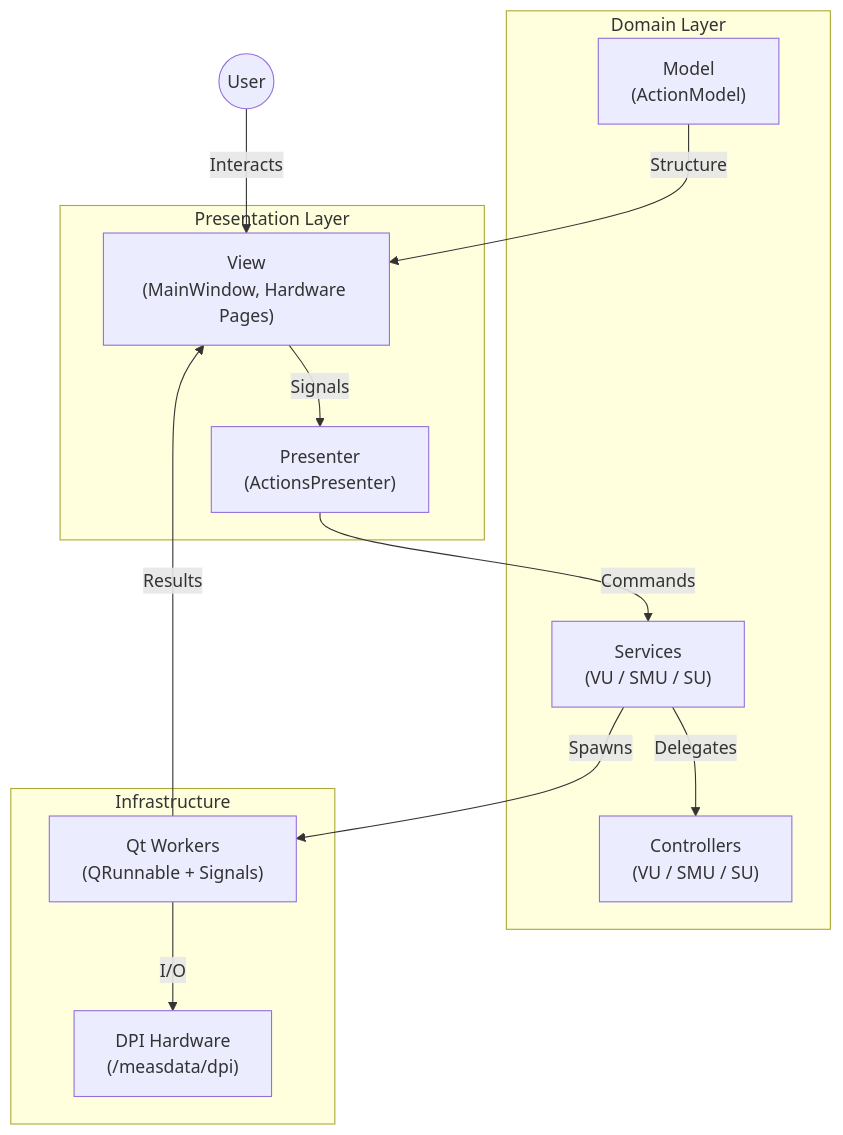
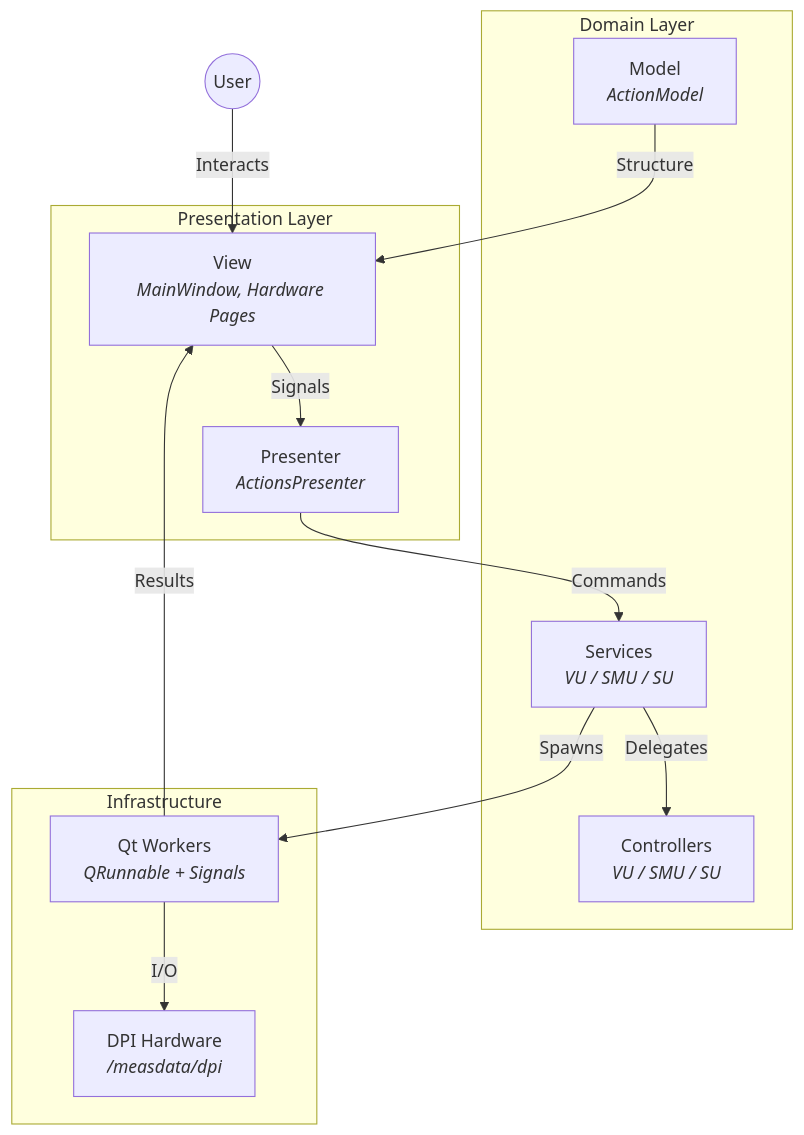
Before and after one commit to Konoszaf1/HardwareGUI: the diagram in README.md, drawn with Mermaid. The commit also changed other lines of this file and 1 other file, not shown here.

````diff
--- a/README.md
+++ b/README.md
@@ -68,27 +73,27 @@
 ```mermaid
 graph TD
     subgraph Presentation ["Presentation Layer"]
-        View["View\n(MainWindow, Hardware Pages)"]
-        Presenter["Presenter\n(ActionsPresenter)"]
+        View["View<br/><em>MainWindow, Hardware Pages</em>"]
+        Presenter["Presenter<br/><em>ActionsPresenter</em>"]
     end
 
     subgraph Domain ["Domain Layer"]
-        Model["Model\n(ActionModel)"]
-        Services["Services\n(VU / SMU / SU)"]
-        Controllers["Controllers\n(VU / SMU / SU)"]
+        Model["Model<br/><em>ActionModel</em>"]
+        Services["Services<br/><em>VU / SMU / SU</em>"]
+        Controllers["Controllers<br/><em>VU / SMU / SU</em>"]
     end
 
     subgraph Infra ["Infrastructure"]
-        Workers["Qt Workers\n(QRunnable + Signals)"]
-        Hardware["DPI Hardware\n(/measdata/dpi)"]
+        Workers["Qt Workers<br/><em>QRunnable + Signals</em>"]
+        Hardware["DPI Hardware<br/><em>/measdata/dpi</em>"]
     end
 
     User((User)) -->|Interacts| View
     View -->|Signals| Presenter
     Presenter -->|Commands| Services
     Services -->|Delegates| Controllers
     Services -->|Spawns| Workers
     Workers -->|I/O| Hardware
     Workers -->|Results| View
     Model -->|Structure| View
 ```
````
